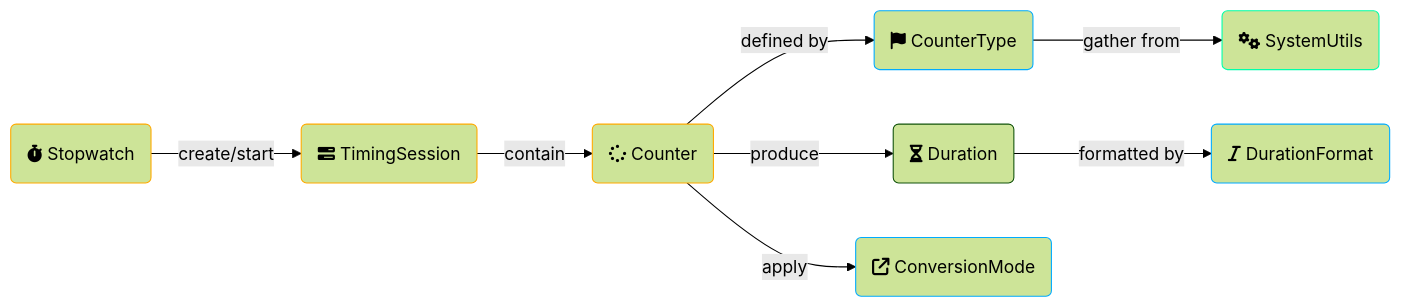
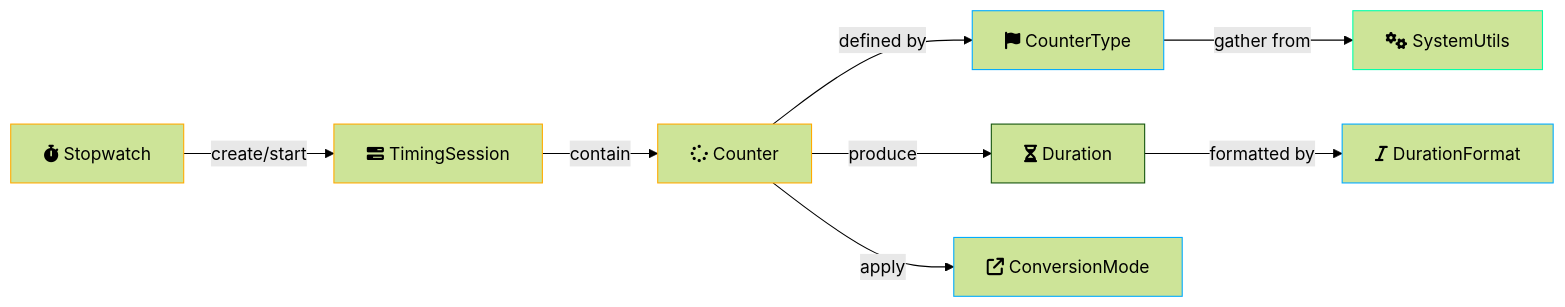
The second of 2 diagrams in README.md (oswaldobapvicjr/performetrics), drawn with Mermaid (forest theme) before and after one commit.

````diff
--- a/README.md
+++ b/README.md
@@ -256,23 +256,23 @@
 ```mermaid
 flowchart LR
-  S(fa:fa-stopwatch Stopwatch):::yellow
-  T(fa:fa-bars-progress TimingSession):::yellow
-  CT(fa:fa-flag CounterType):::blue
-  C(fa:fa-spinner Counter):::yellow
-  D(fa:fa-hourglass-half Duration)
-  CM(fa:fa-arrow-up-right-from-square ConversionMode):::blue
-  DF(fa:fa-italic DurationFormat):::blue
-  SU(fa:fa-gears SystemUtils):::green
+  S[fa:fa-stopwatch Stopwatch]:::yellow
+  T[fa:fa-bars-progress TimingSession]:::yellow
+  CT["fa:fa-flag CounterType"]:::blue
+  C[fa:fa-spinner Counter]:::yellow
+  D[fa:fa-hourglass-half Duration]
+  CM[fa:fa-arrow-up-right-from-square ConversionMode]:::blue
+  DF[fa:fa-italic DurationFormat]:::blue
+  SU[fa:fa-gears SystemUtils]:::green
 
   S -->|create/start| T
   T -->|contain| C
   C -->|defined by| CT
   C -->|produce| D
   C -->|apply| CM
   D -->|formatted by| DF
   CT -->|gather from| SU
 
   classDef yellow stroke:#fa0
   classDef blue stroke:#0af
   classDef green stroke:#0fa
 ```
````
